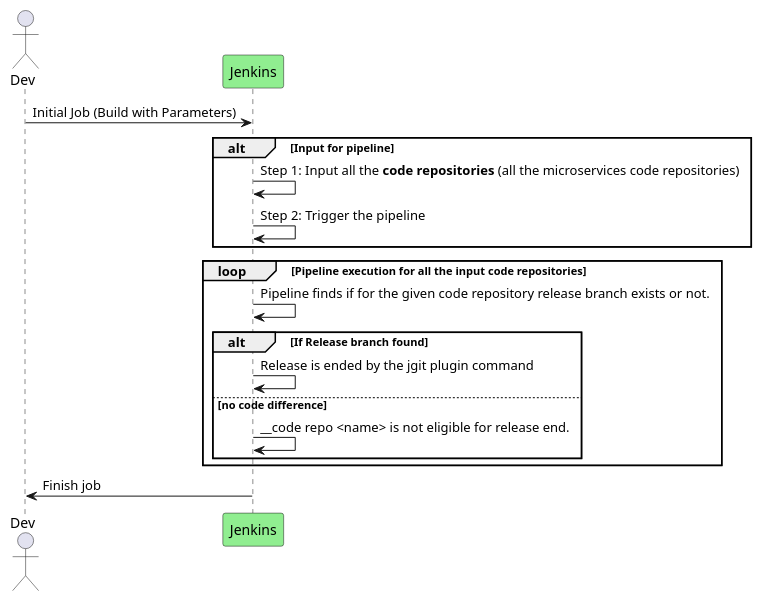
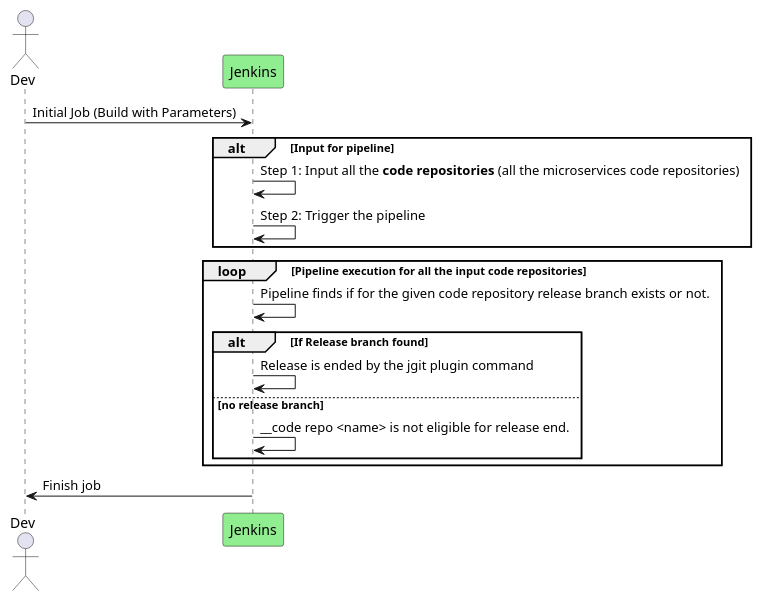
Before and after one commit to techpleiad/jgit-jenkins-pipeline: the diagram in docs/sequences/end-release.puml, drawn with PlantUML. The commit also changed 8 other files, not shown here.

```diff
--- a/docs/sequences/end-release.puml
+++ b/docs/sequences/end-release.puml
@@ -1,23 +1,23 @@
 @startuml
 actor "Dev" as dev
 participant "Jenkins" as jenkin #lightgreen
 
 dev -> jenkin : Initial Job (Build with Parameters)
 
 
 alt Input for pipeline
 jenkin -> jenkin: Step 1: Input all the **code repositories** (all the microservices code repositories)
 jenkin -> jenkin: Step 2: Trigger the pipeline
 end
 
 loop Pipeline execution for all the input code repositories
     jenkin -> jenkin: Pipeline finds if for the given code repository release branch exists or not.
     alt If Release branch found
        jenkin -> jenkin: Release is ended by the jgit plugin command
 
-    else no code difference
+    else no release branch
         jenkin -> jenkin: __code repo <name> is not eligible for release end.
     end
 end
 jenkin -> dev: Finish job
 @enduml
```
